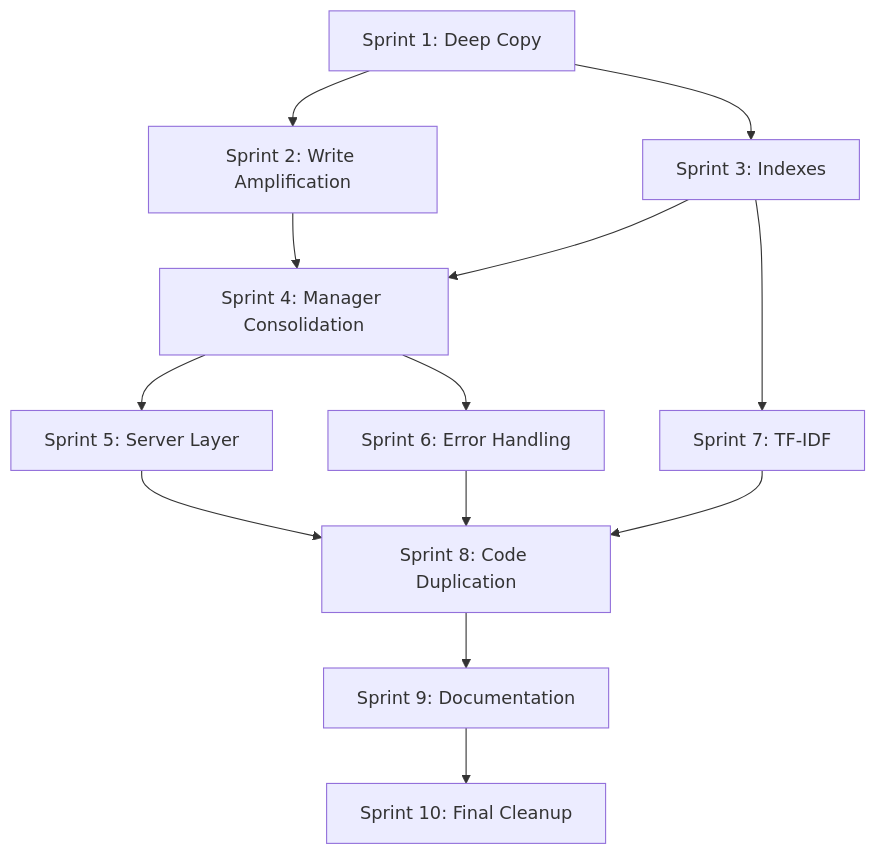
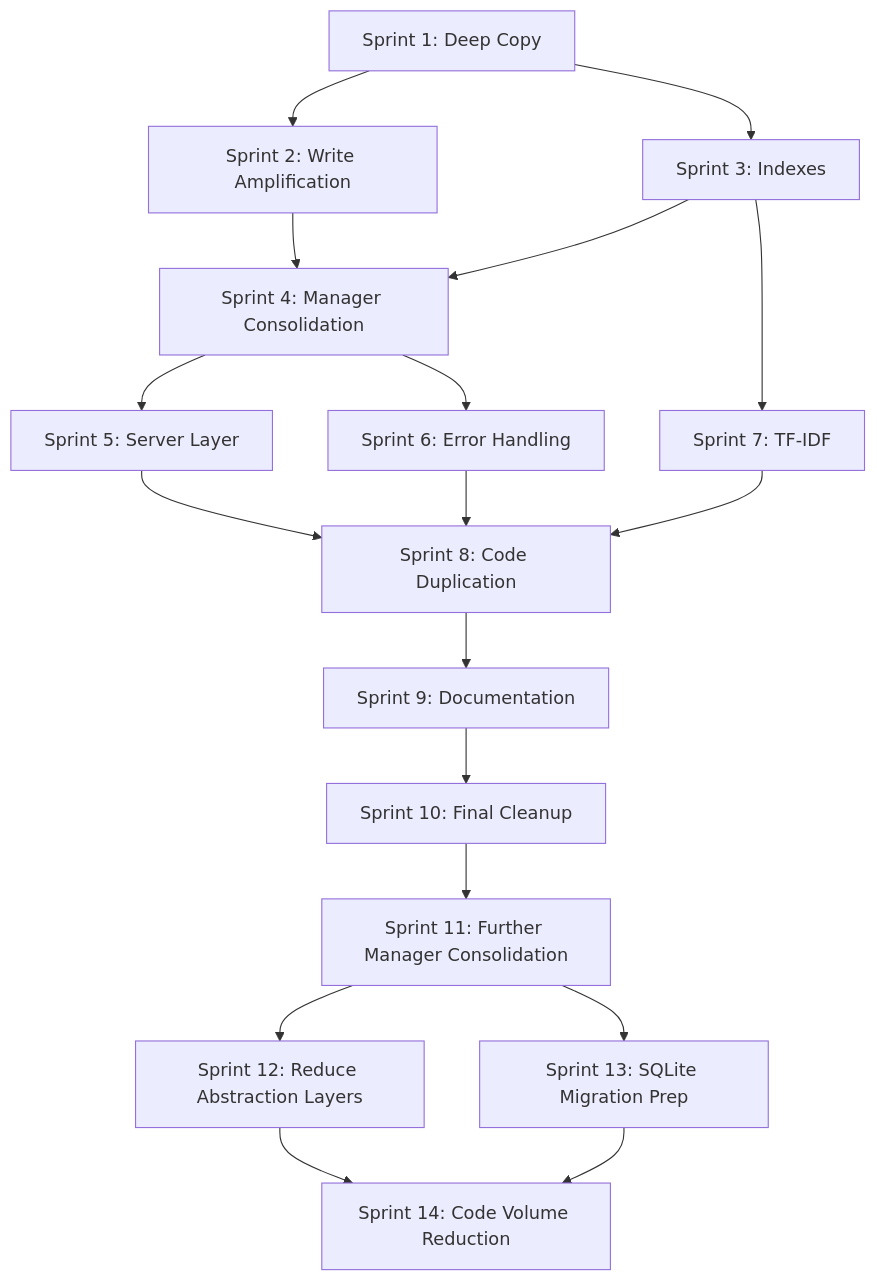
Before and after one commit to NavinAgrawal/memory-mcp: the diagram in docs/planning/PHASE_1_REFACTORING_PLAN.md, drawn with Mermaid. The commit also changed other lines of this file and 11 other files, not shown here.

First line of the commit message:
refactor: v0.57.0 - Sprint 13 SQLite migration preparation

````diff
--- a/docs/planning/PHASE_1_REFACTORING_PLAN.md
+++ b/docs/planning/PHASE_1_REFACTORING_PLAN.md
@@ -1810,15 +2220,20 @@
 ```mermaid
 graph TD
     S1[Sprint 1: Deep Copy] --> S2[Sprint 2: Write Amplification]
     S1 --> S3[Sprint 3: Indexes]
     S2 --> S4[Sprint 4: Manager Consolidation]
     S3 --> S4
     S4 --> S5[Sprint 5: Server Layer]
     S4 --> S6[Sprint 6: Error Handling]
     S3 --> S7[Sprint 7: TF-IDF]
     S5 --> S8[Sprint 8: Code Duplication]
     S6 --> S8
     S7 --> S8
     S8 --> S9[Sprint 9: Documentation]
     S9 --> S10[Sprint 10: Final Cleanup]
+    S10 --> S11[Sprint 11: Further Manager Consolidation]
+    S11 --> S12[Sprint 12: Reduce Abstraction Layers]
+    S11 --> S13[Sprint 13: SQLite Migration Prep]
+    S12 --> S14[Sprint 14: Code Volume Reduction]
+    S13 --> S14
 ```
````
